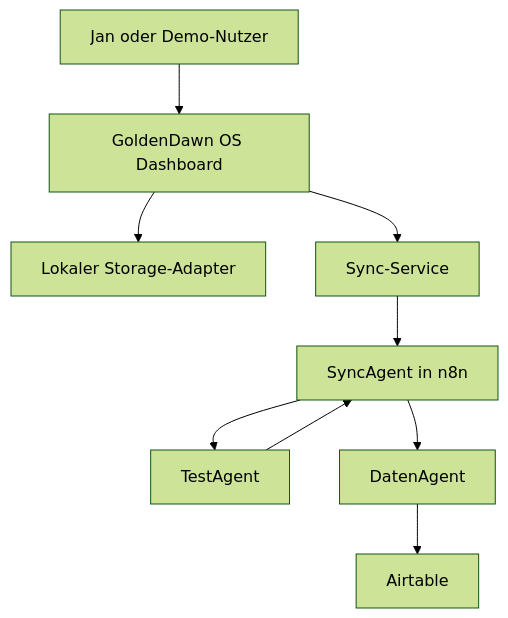
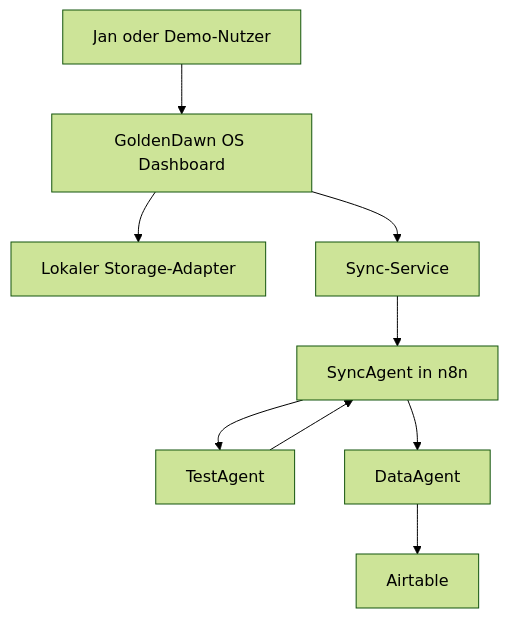
Before and after one commit to Varudan/goldendawn-os: the first of 2 diagrams in docs/architecture.md, drawn with Mermaid (forest theme). The commit also changed other lines of this file and 8 other files, not shown here.

Commit message:
docs: plan local modules and standardize DataAgent naming (#15)

````diff
--- a/docs/architecture.md
+++ b/docs/architecture.md
@@ -58,11 +58,11 @@
 ```mermaid
 flowchart TD
     User["Jan oder Demo-Nutzer"] --> UI["GoldenDawn OS Dashboard"]
     UI --> Local["Lokaler Storage-Adapter"]
     UI --> Sync["Sync-Service"]
     Sync --> Router["SyncAgent in n8n"]
     Router --> Test["TestAgent"]
-    Router --> Data["DatenAgent"]
+    Router --> Data["DataAgent"]
     Test --> Router
     Data --> Airtable["Airtable"]
 ```
````
